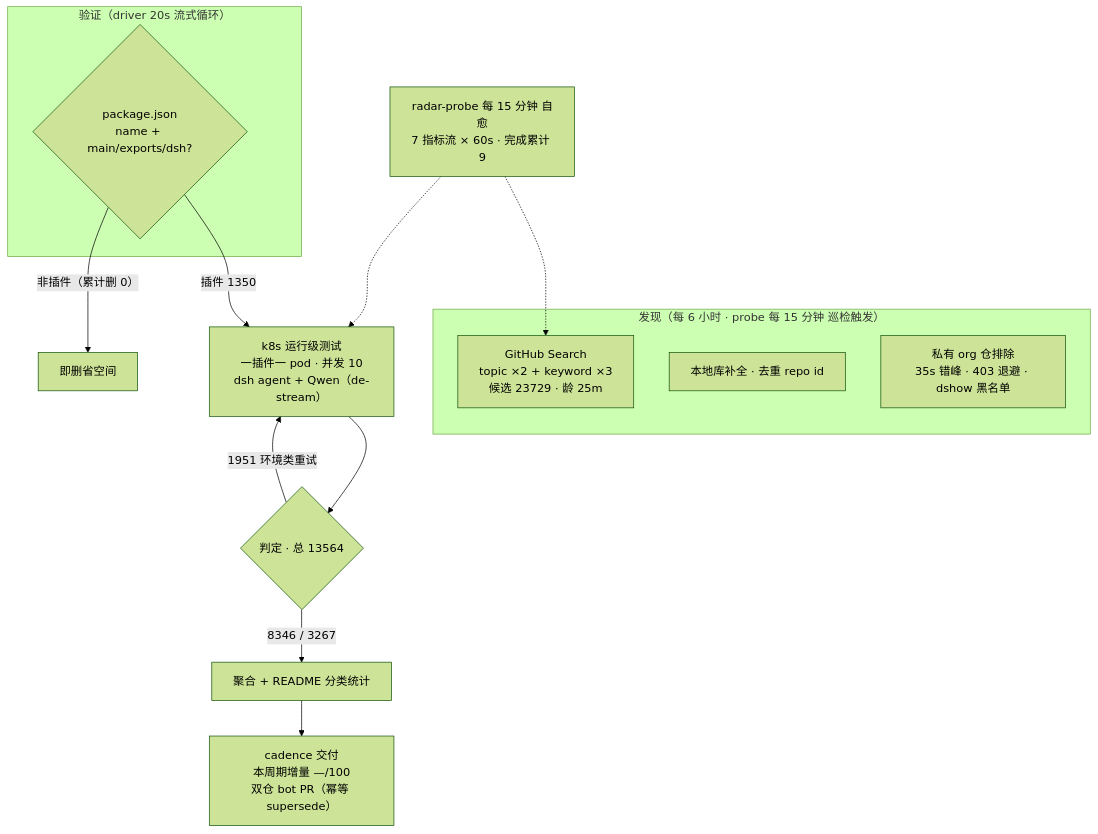
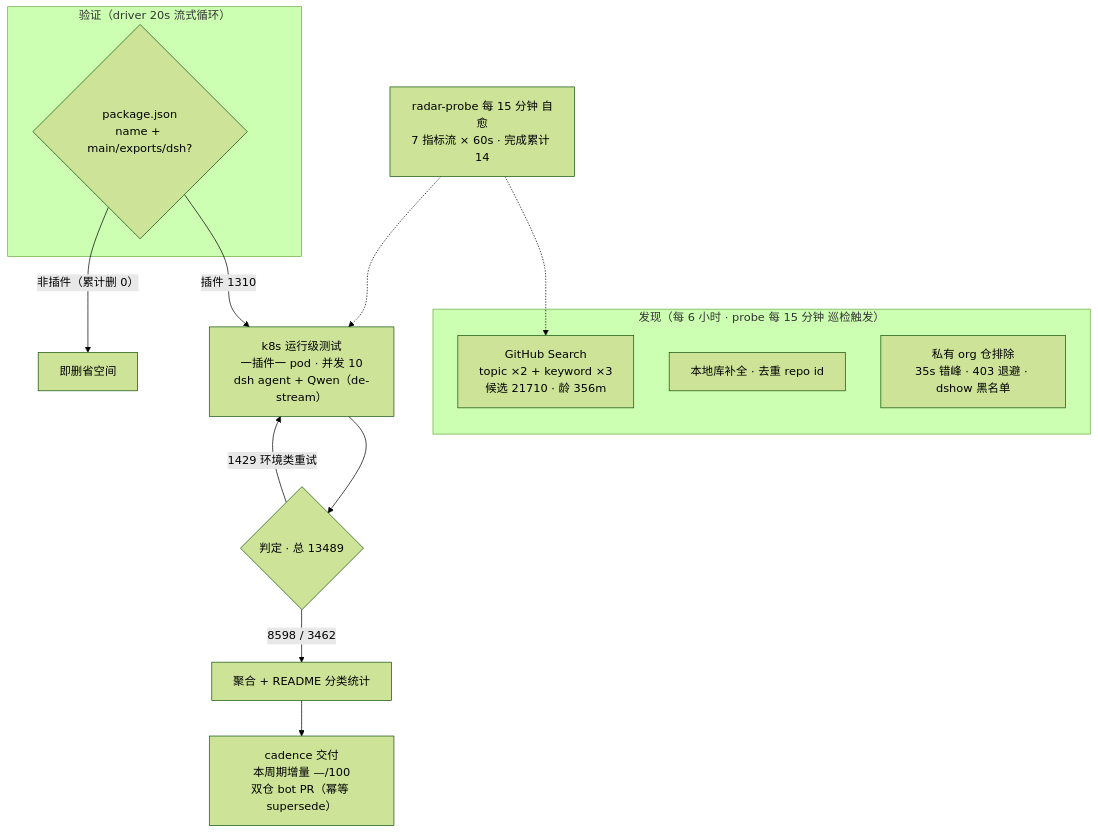
The diagram in README.md (Zhidao-Lab-OSS/awesome-dsh-plugins), drawn with Mermaid (forest theme) before and after one commit. The commit also changed other lines of this file, not shown here.

````diff
--- a/README.md
+++ b/README.md
@@ -90,20 +94,20 @@
 ```mermaid
 flowchart TB
     subgraph Discovery["发现（每 6 小时 · probe 每 15 分钟 巡检触发）"]
-        A1["GitHub Search<br/>topic ×2 + keyword ×3<br/>候选 23729 · 龄 25m"]
+        A1["GitHub Search<br/>topic ×2 + keyword ×3<br/>候选 21710 · 龄 356m"]
         A2["本地库补全 · 去重 repo id"]
         A3["私有 org 仓排除<br/>35s 错峰 · 403 退避 · dshow 黑名单"]
     end
     subgraph Validation["验证（driver 20s 流式循环）"]
         B1{"package.json<br/>name + main/exports/dsh?"}
     end
-    B1 -->|"插件 1350"| C1["k8s 运行级测试<br/>一插件一 pod · 并发 10<br/>dsh agent + Qwen（de-stream）"]
+    B1 -->|"插件 1310"| C1["k8s 运行级测试<br/>一插件一 pod · 并发 10<br/>dsh agent + Qwen（de-stream）"]
     B1 -->|"非插件（累计删 0）"| B3["即删省空间"]
-    C1 --> D1{"判定 · 总 13564"}
-    D1 -->|"8346 / 3267"| E1["聚合 + README 分类统计"]
-    D1 -->|"1951 环境类重试"| C1
+    C1 --> D1{"判定 · 总 13489"}
+    D1 -->|"8598 / 3462"| E1["聚合 + README 分类统计"]
+    D1 -->|"1429 环境类重试"| C1
     E1 --> E2["cadence 交付<br/>本周期增量 —/100<br/>双仓 bot PR（幂等 supersede）"]
-    M["radar-probe 每 15 分钟 自愈<br/>7 指标流 × 60s · 完成累计 9"]
+    M["radar-probe 每 15 分钟 自愈<br/>7 指标流 × 60s · 完成累计 14"]
     M -.-> A1
     M -.-> C1
 ```
````
